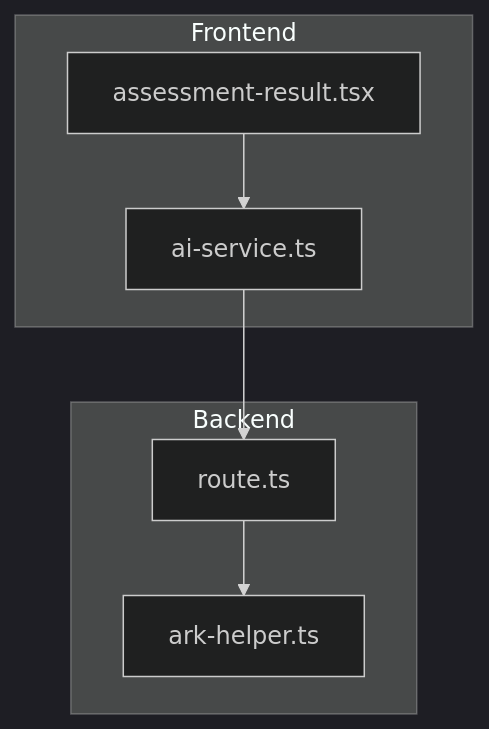
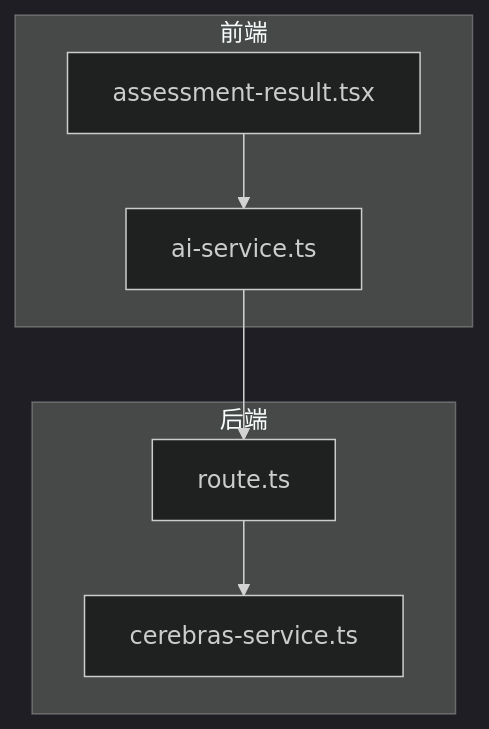
Before and after one commit to arthurlee116/english-listening-trainer: the first of 5 diagrams in .qoder/repowiki/zh/content/后端API接口/AI内容生成API/答案评分API.md, drawn with Mermaid (dark theme). The commit also changed other lines of this file and 58 other files, not shown here.

````diff
--- a/.qoder/repowiki/zh/content/后端API接口/AI内容生成API/答案评分API.md
+++ b/.qoder/repowiki/zh/content/后端API接口/AI内容生成API/答案评分API.md
@@ -30,14 +39,14 @@
 ```mermaid
 graph TB
-subgraph "Frontend"
+subgraph "前端"
 A[assessment-result.tsx]
 B[ai-service.ts]
 end
-subgraph "Backend"
+subgraph "后端"
 C[route.ts]
-D[ark-helper.ts]
+D[cerebras-service.ts]
 end
 A --> B
 B --> C
 C --> D
 ```
````
